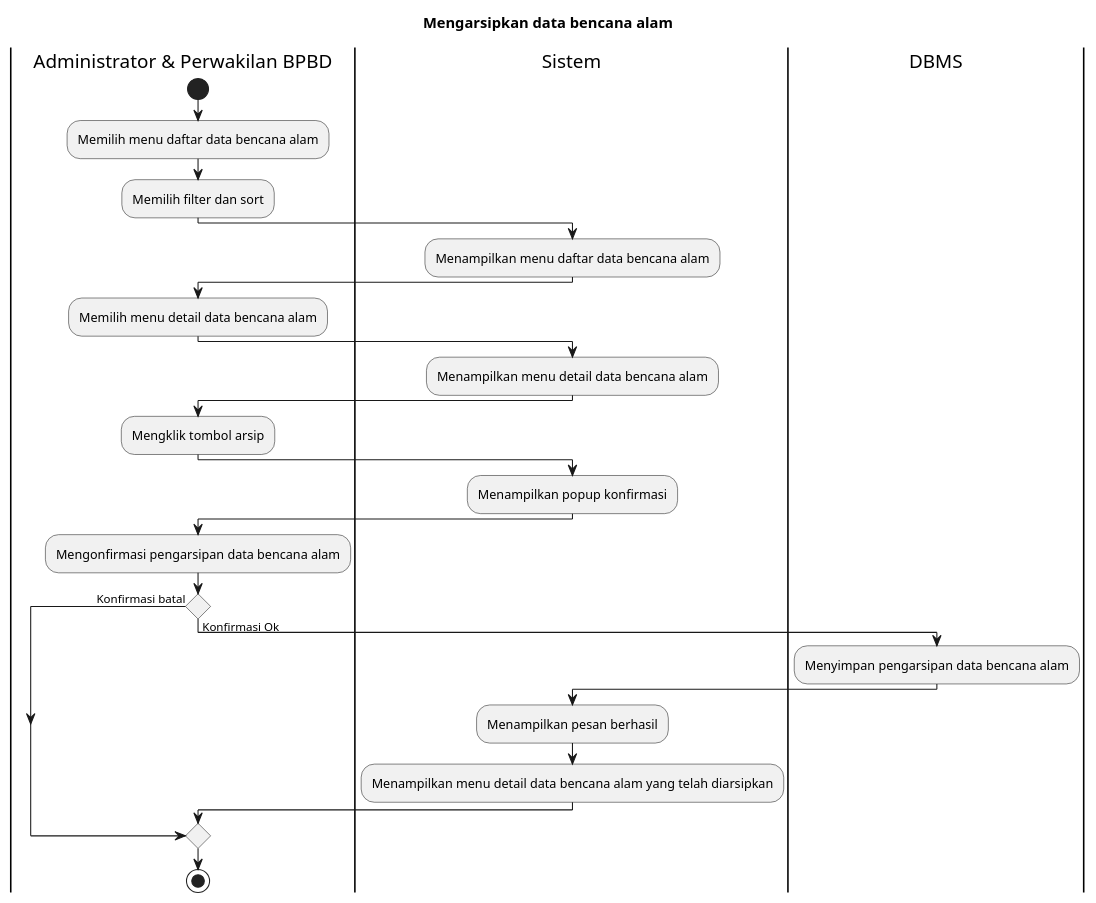
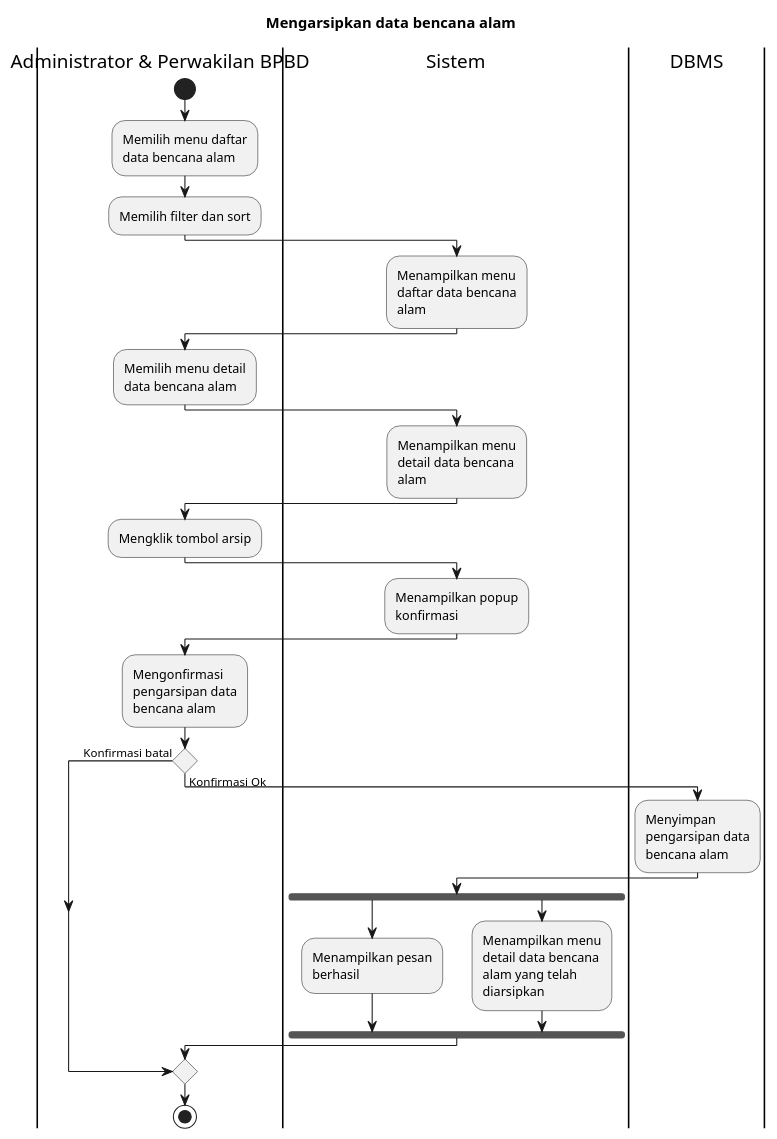
Before and after one commit to bagusNA/appl-diagrams: the diagram in Activity Diagrams/UC-MGDISASTER - Manajemen Data Bencana/UC-MGDISASTER-009 - Mengarsipkan data bencana alam.puml, drawn with PlantUML. The commit also changed 55 other files, not shown here.

```diff
--- a/Activity Diagrams/UC-MGDISASTER - Manajemen Data Bencana/UC-MGDISASTER-009 - Mengarsipkan data bencana alam.puml
+++ b/Activity Diagrams/UC-MGDISASTER - Manajemen Data Bencana/UC-MGDISASTER-009 - Mengarsipkan data bencana alam.puml
@@ -1,40 +1,45 @@
 @startuml UC-MGDISASTER-009 - Mengarsipkan data bencana alam
+skinparam wrapWidth 140
+
 title Mengarsipkan data bencana alam
 
 |Administrator & Perwakilan BPBD|
 start
 :Memilih menu daftar data bencana alam;
 :Memilih filter dan sort;
 
 |Sistem|
 :Menampilkan menu daftar data bencana alam;
 
 |Administrator & Perwakilan BPBD|
 :Memilih menu detail data bencana alam;
 
 |Sistem|
 :Menampilkan menu detail data bencana alam;
 
 |Administrator & Perwakilan BPBD|
 :Mengklik tombol arsip;
 
 |Sistem|
 :Menampilkan popup konfirmasi;
 
 |Administrator & Perwakilan BPBD|
 :Mengonfirmasi pengarsipan data bencana alam;
 
 if () then (Konfirmasi batal)
 else (Konfirmasi Ok)
   |DBMS|
   :Menyimpan pengarsipan data bencana alam;
 
   |Sistem|
-  :Menampilkan pesan berhasil;
-  :Menampilkan menu detail data bencana alam yang telah diarsipkan;
+  fork
+    :Menampilkan pesan berhasil;
+  fork again
+    :Menampilkan menu detail data bencana alam yang telah diarsipkan;
+  endfork
 endif
 
 |Administrator & Perwakilan BPBD|
 stop
 
 @enduml
```
